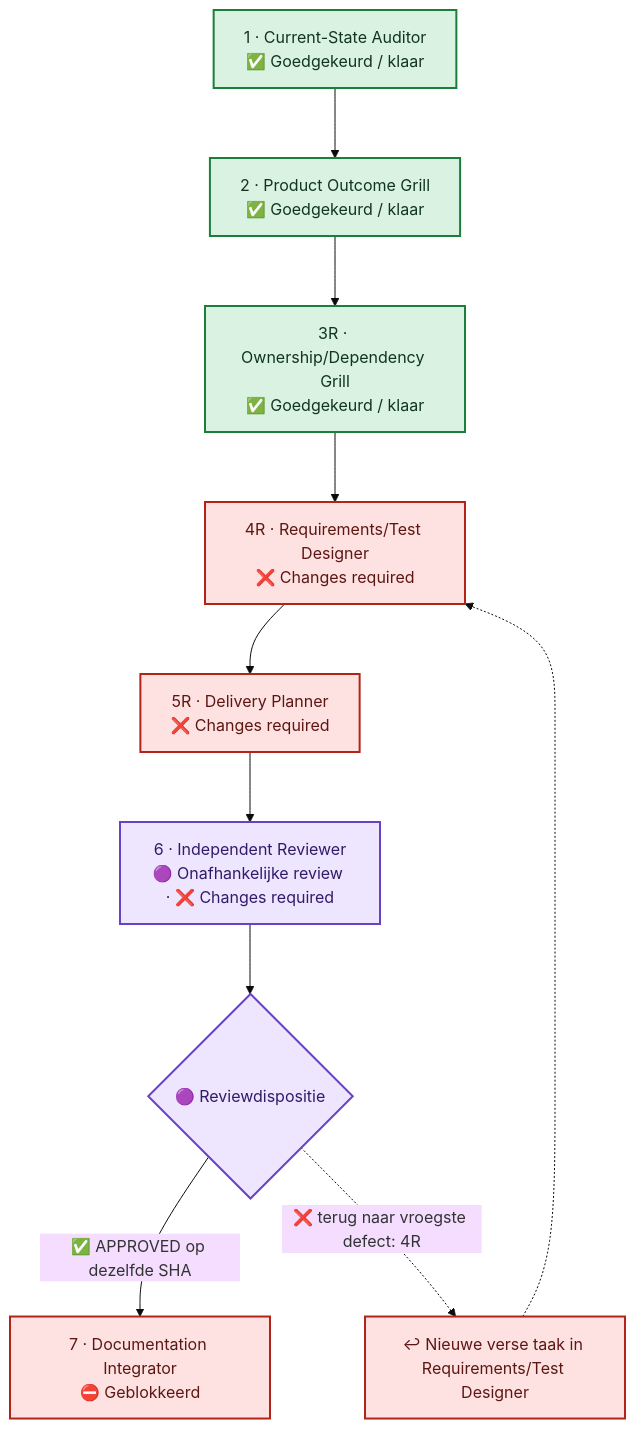
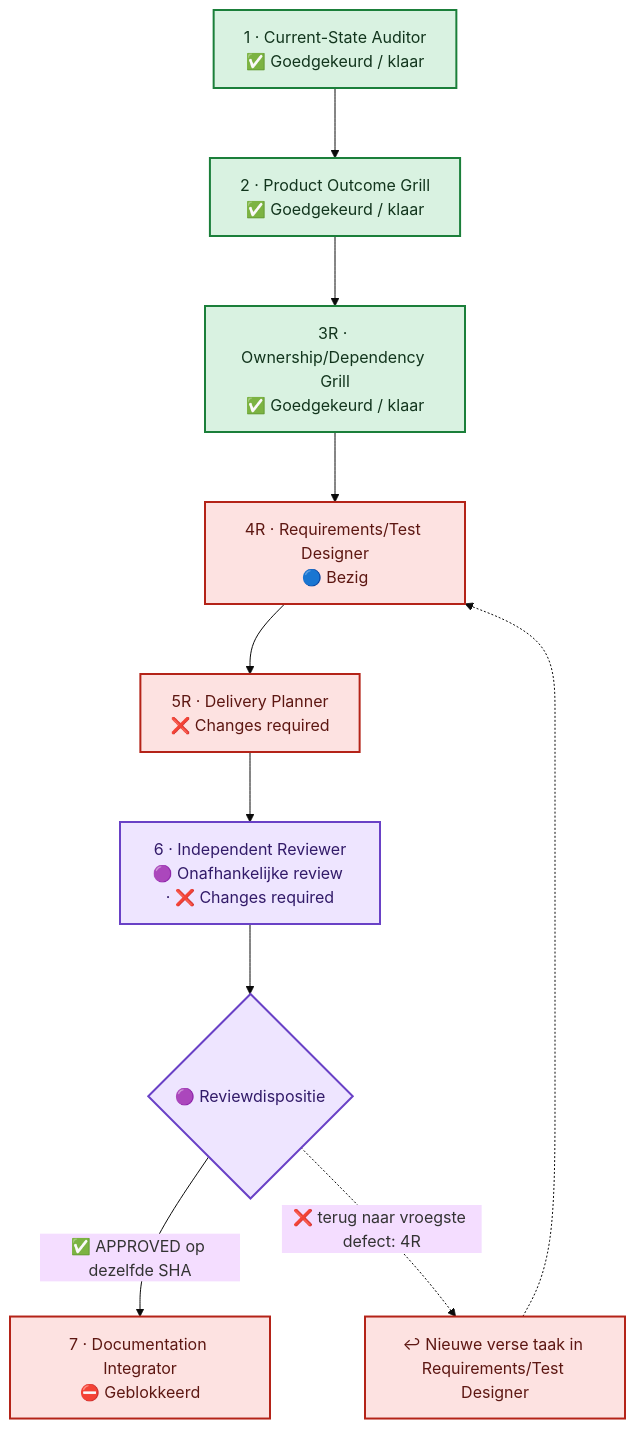
One commit to Jandesch91/n1-bioforge-requirements-cockpit changed the diagram in flow.mmd. Above: the diagram before and after it, drawn with Mermaid (base theme). The commit also changed 4 other files, not shown here.

```diff
--- a/flow.mmd
+++ b/flow.mmd
@@ -1,24 +1,24 @@
 %%{init: {"flowchart": {"curve": "basis", "nodeSpacing": 60, "rankSpacing": 70, "htmlLabels": true}}}%%
 flowchart TB
     %% A vertical main lane prevents crossing arrows. The review return uses one side lane.
     phase_1["1 · Current-State Auditor<br/>✅ Goedgekeurd / klaar"]
     phase_2["2 · Product Outcome Grill<br/>✅ Goedgekeurd / klaar"]
     phase_3r["3R · Ownership/Dependency Grill<br/>✅ Goedgekeurd / klaar"]
-    phase_4r["4R · Requirements/Test Designer<br/>❌ Changes required"]
+    phase_4r["4R · Requirements/Test Designer<br/>🔵 Bezig"]
     phase_5r["5R · Delivery Planner<br/>❌ Changes required"]
     phase_6["6 · Independent Reviewer<br/>🟣 Onafhankelijke review · ❌ Changes required"]
     phase_7["7 · Documentation Integrator<br/>⛔ Geblokkeerd"]
     phase_1 --> phase_2 --> phase_3r --> phase_4r --> phase_5r --> phase_6
     review_decision{"🟣 Reviewdispositie"}
     phase_6 --> review_decision
     review_decision -->|"✅ APPROVED op dezelfde SHA"| phase_7
     review_decision -.->|"❌ terug naar vroegste defect: 4R"| return_lane["↩ Nieuwe verse taak in Requirements/Test Designer"]
     return_lane -.-> phase_4r
     classDef approved fill:#D9F2E1,stroke:#1B7F3A,color:#12351D,stroke-width:2px
     classDef changes fill:#FDE2E1,stroke:#B42318,color:#5D1712,stroke-width:2px
     classDef blocked fill:#FDE2E1,stroke:#B42318,color:#5D1712,stroke-width:2px
     classDef review fill:#EEE5FF,stroke:#6941C6,color:#321B69,stroke-width:2px
     class phase_1,phase_2,phase_3r approved
     class phase_4r changes
     class phase_5r,phase_7,return_lane blocked
     class phase_6,review_decision review
```
